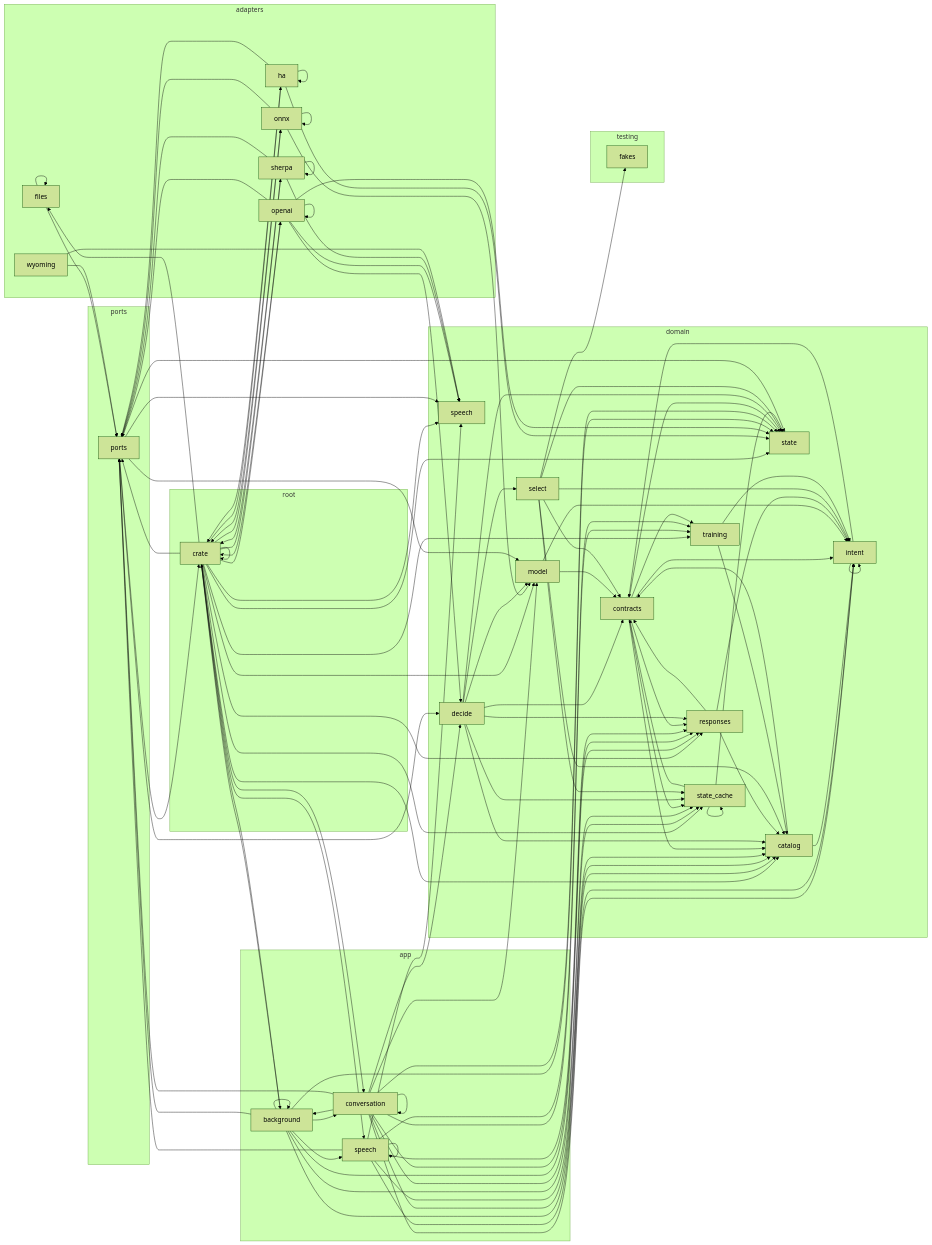
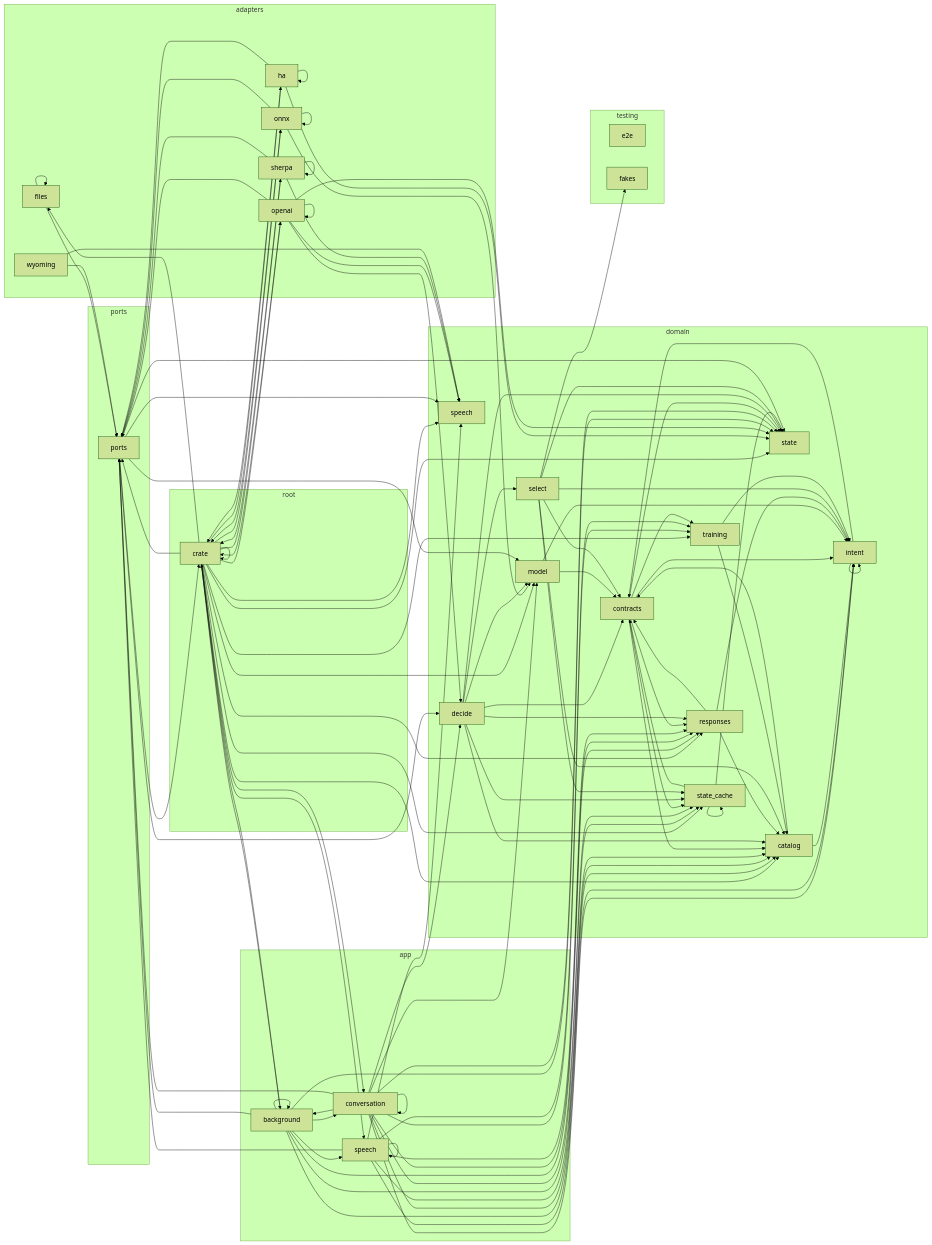
The diagram in docs/architecture.md (louislang/ha-jarvis), drawn with Mermaid (forest theme) before and after one commit. The commit also changed 2 other files, not shown here.

Commit message:
9.1 Pipeline Harness
A new test harness, `Pipeline`, starts the app of a CPU machine through `start_app` with `FakeHome` and `FakeReasoner`, serves it on a local Wyoming port and runs one request as HA does. It sends `speech(text)` to `asr` in 20 ms chunks, the transcript from the kitchen satellite to `handle`, then the reply to `tts`, each on its own connection, and records the time of the last voiced sample and of each event of the response latency. Thus the full pipeline, from audio to service call and reply audio, now has a test with the real STT, TTS and fixture models.

```diff
--- a/docs/architecture.md
+++ b/docs/architecture.md
@@ -37,6 +37,7 @@
         crate[crate]
     end
     subgraph testing
+        crate_testing_e2e[e2e]
         crate_testing_fakes[fakes]
     end
     crate --> crate
```
